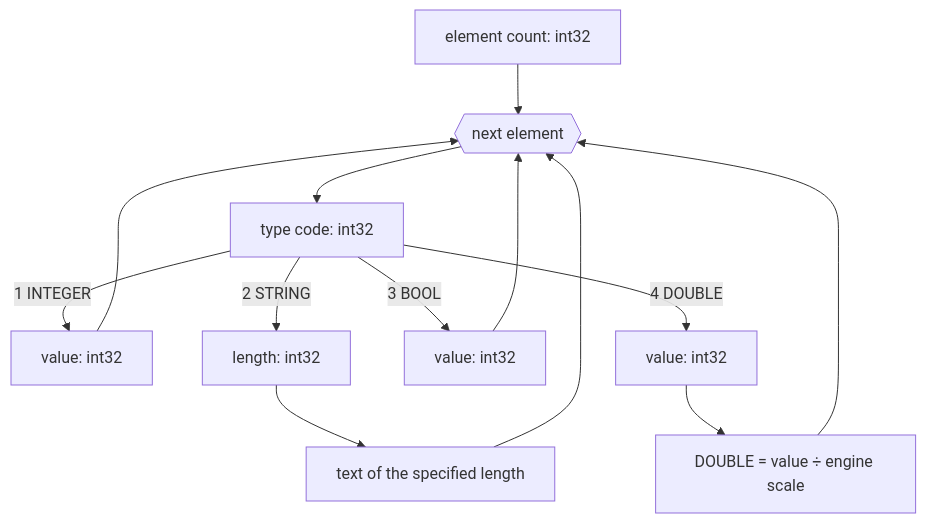
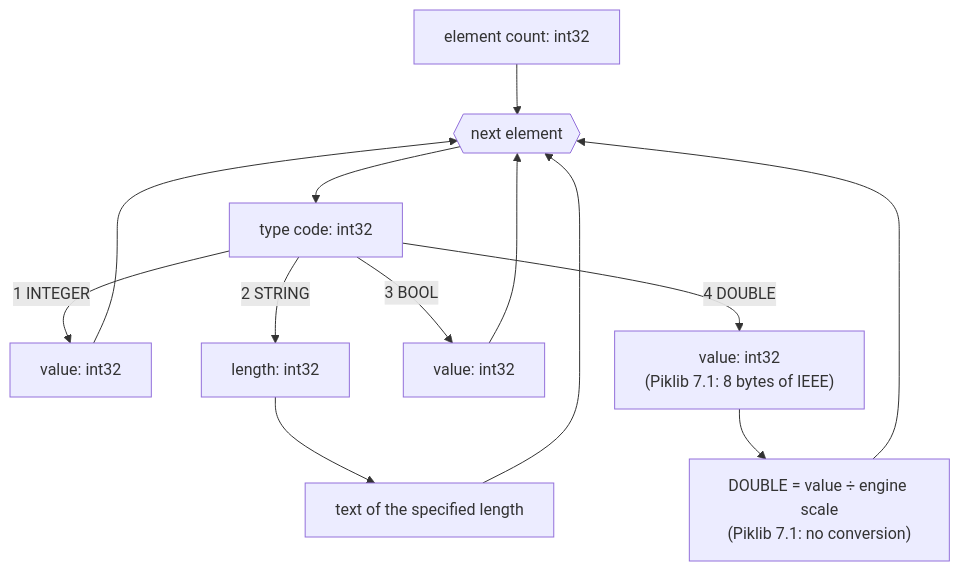
Before and after one commit to patryk025/Rex-EMoolator: the diagram in docs/en/formats/ARR.md, drawn with Mermaid. The commit also changed other lines of this file and 13 other files, not shown here.

````diff
--- a/docs/en/formats/ARR.md
+++ b/docs/en/formats/ARR.md
@@ -37,12 +49,12 @@
 ```mermaid
 flowchart TD
     A["element count: int32"] --> B{{next element}}
     B --> C["type code: int32"]
     C -->|1 INTEGER| D["value: int32"]
     C -->|2 STRING| E["length: int32"]
     E --> F["text of the specified length"]
     C -->|3 BOOL| G["value: int32"]
-    C -->|4 DOUBLE| K["value: int32"]
-    K --> L["DOUBLE = value ÷ engine scale"]
+    C -->|4 DOUBLE| K["value: int32<br/>(Piklib 7.1: 8 bytes of IEEE)"]
+    K --> L["DOUBLE = value ÷ engine scale<br/>(Piklib 7.1: no conversion)"]
     D & F & G & L --> B
 ```
````
